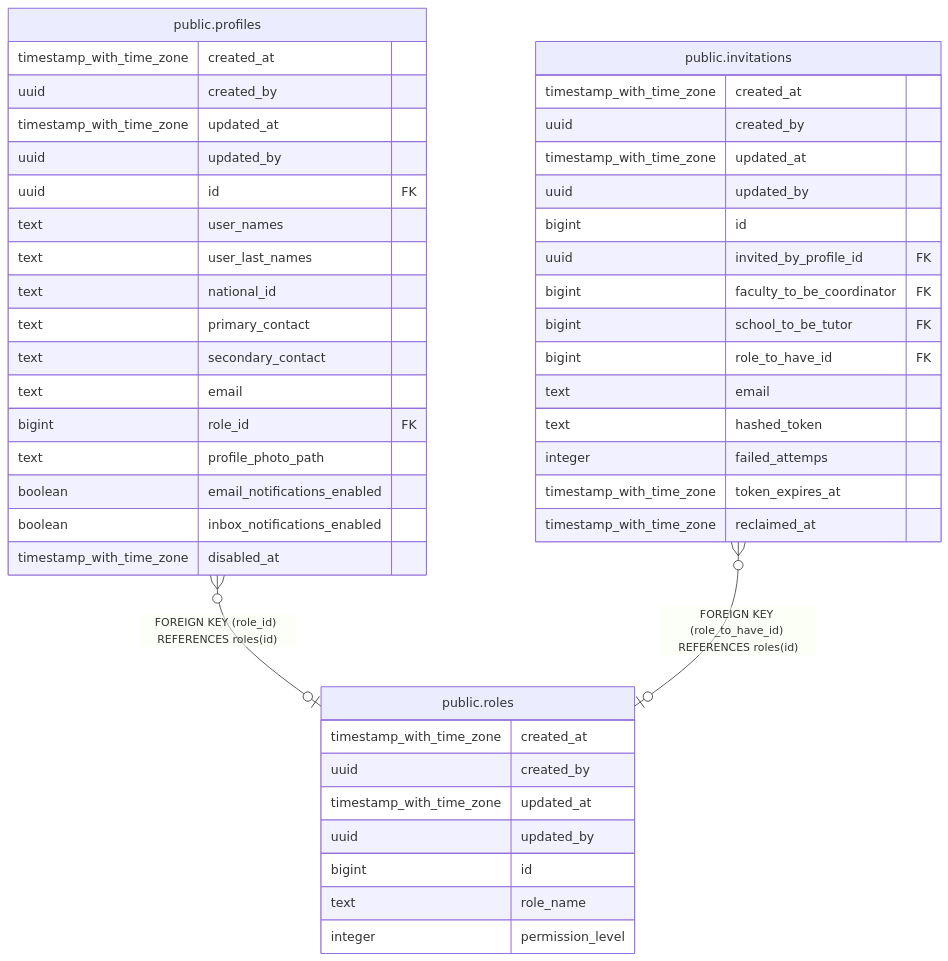
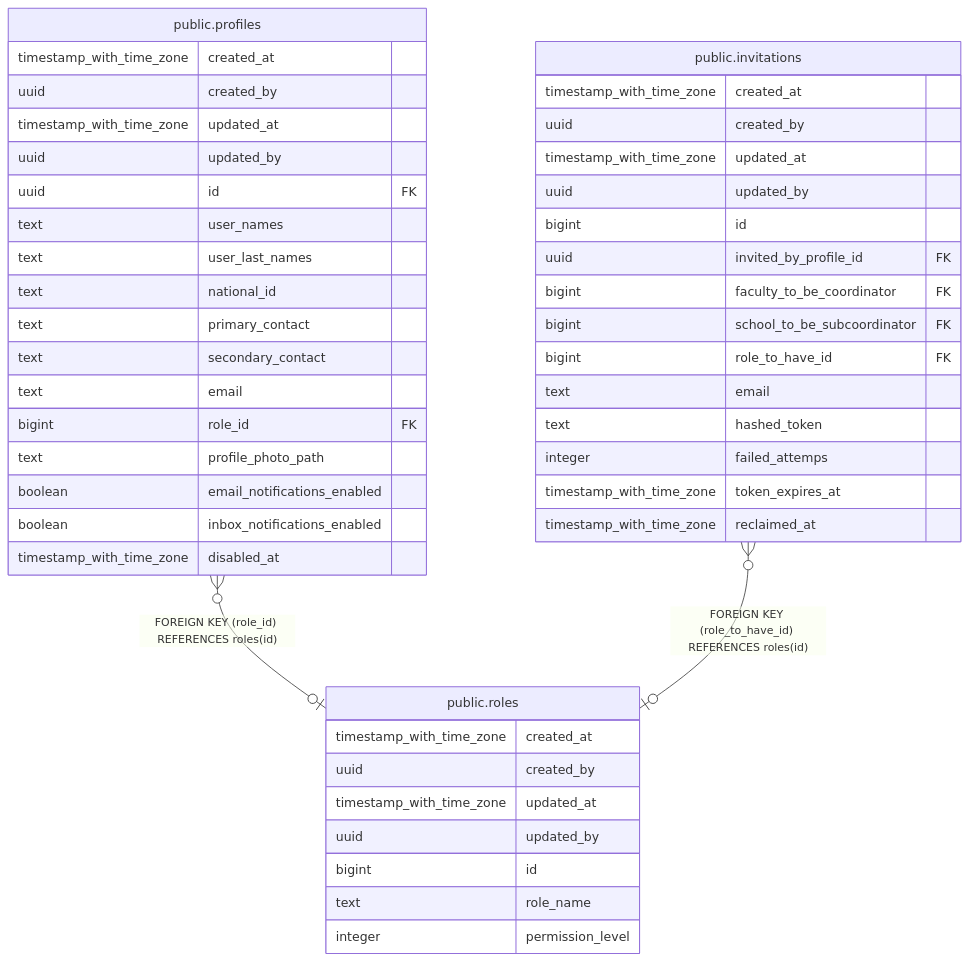
The diagram in docs/db/tbls/public.roles.md (icristianhernandez/academic-service-backend), drawn with Mermaid before and after one commit. The commit also changed 15 other files, not shown here.

````diff
--- a/docs/db/tbls/public.roles.md
+++ b/docs/db/tbls/public.roles.md
@@ -40,50 +40,50 @@
 ```mermaid
 erDiagram
 
 "public.profiles" }o--o| "public.roles" : "FOREIGN KEY (role_id) REFERENCES roles(id)"
 "public.invitations" }o--o| "public.roles" : "FOREIGN KEY (role_to_have_id) REFERENCES roles(id)"
 
 "public.roles" {
   timestamp_with_time_zone created_at ""
   uuid created_by ""
   timestamp_with_time_zone updated_at ""
   uuid updated_by ""
   bigint id ""
   text role_name ""
   integer permission_level ""
 }
 "public.profiles" {
   timestamp_with_time_zone created_at ""
   uuid created_by ""
   timestamp_with_time_zone updated_at ""
   uuid updated_by ""
   uuid id FK ""
   text user_names ""
   text user_last_names ""
   text national_id ""
   text primary_contact ""
   text secondary_contact ""
   text email ""
   bigint role_id FK ""
   text profile_photo_path ""
   boolean email_notifications_enabled ""
   boolean inbox_notifications_enabled ""
   timestamp_with_time_zone disabled_at ""
 }
 "public.invitations" {
   timestamp_with_time_zone created_at ""
   uuid created_by ""
   timestamp_with_time_zone updated_at ""
   uuid updated_by ""
   bigint id ""
   uuid invited_by_profile_id FK ""
   bigint faculty_to_be_coordinator FK ""
-  bigint school_to_be_tutor FK ""
+  bigint school_to_be_subcoordinator FK ""
   bigint role_to_have_id FK ""
   text email ""
   text hashed_token ""
   integer failed_attemps ""
   timestamp_with_time_zone token_expires_at ""
   timestamp_with_time_zone reclaimed_at ""
 }
 ```
````
